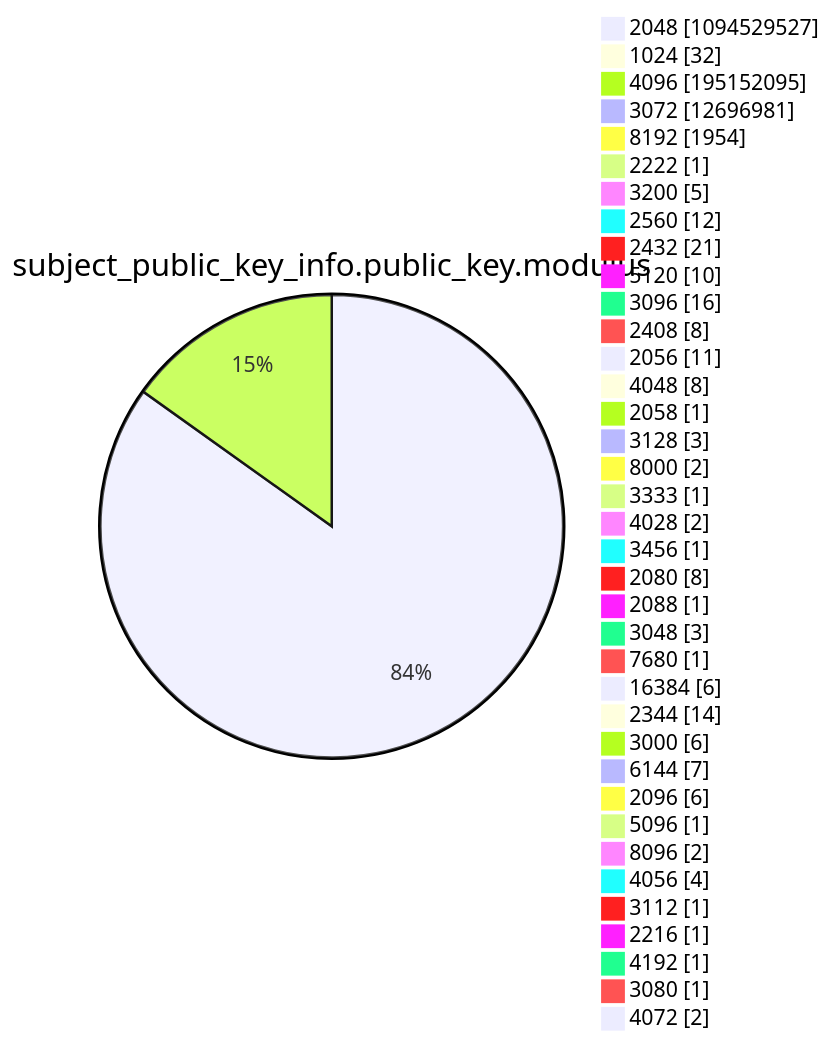
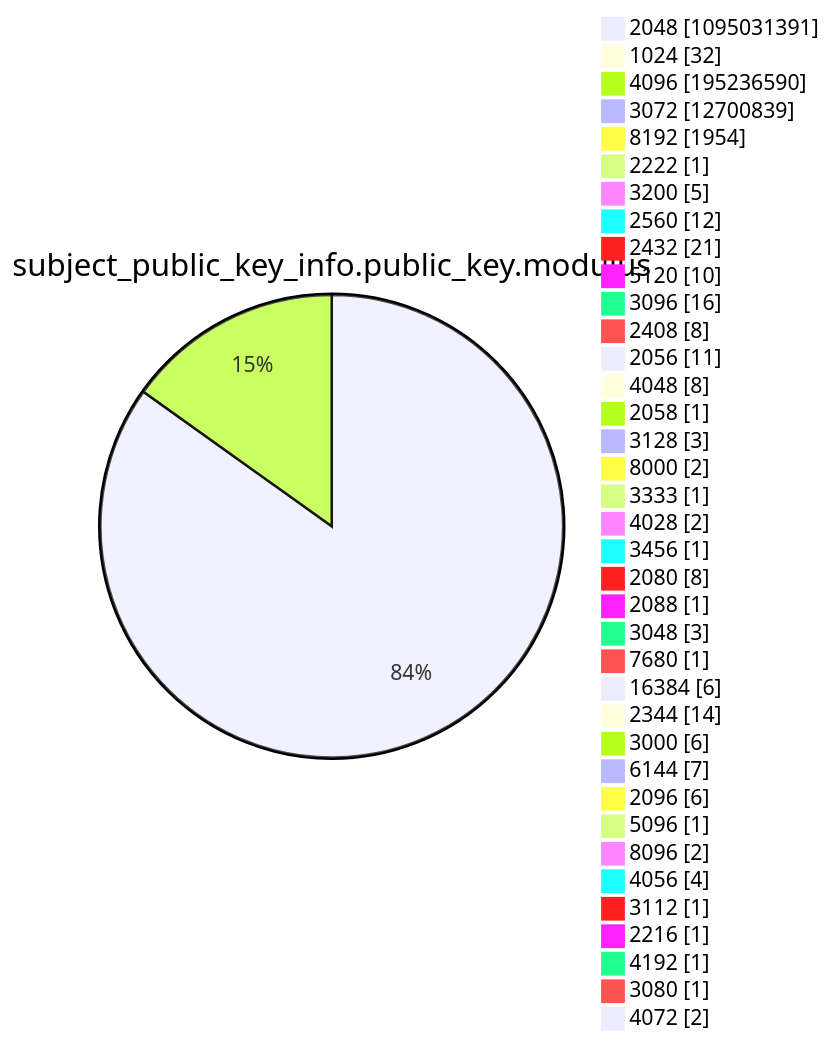
Diagram 13 of 15 in argon2022/README.md (christiankrug/ctmonitor_visualization), drawn with Mermaid before and after one commit. The commit also changed other lines of this file, not shown here.

````diff
--- a/argon2022/README.md
+++ b/argon2022/README.md
@@ -3589,41 +3589,41 @@
 ```mermaid
 pie showData
 title subject_public_key_info.public_key.modulus
-"2048" :1094529527
+"2048" :1095031391
 "1024" :32
-"4096" :195152095
-"3072" :12696981
+"4096" :195236590
+"3072" :12700839
 "8192" :1954
 "2222" :1
 "3200" :5
 "2560" :12
 "2432" :21
 "5120" :10
 "3096" :16
 "2408" :8
 "2056" :11
 "4048" :8
 "2058" :1
 "3128" :3
 "8000" :2
 "3333" :1
 "4028" :2
 "3456" :1
 "2080" :8
 "2088" :1
 "3048" :3
 "7680" :1
 "16384" :6
 "2344" :14
 "3000" :6
 "6144" :7
 "2096" :6
 "5096" :1
 "8096" :2
 "4056" :4
 "3112" :1
 "2216" :1
 "4192" :1
 "3080" :1
 "4072" :2
 ```
````
